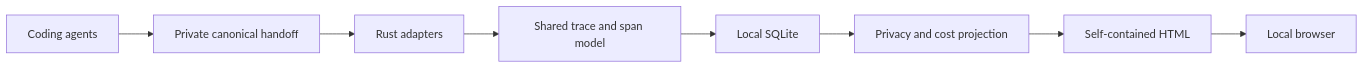
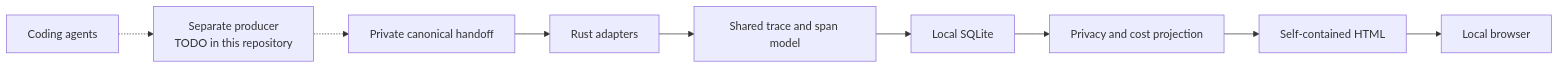
Before and after one commit to MCprotein/agent-observability: the first of 2 diagrams in README.md, drawn with Mermaid. The commit also changed other lines of this file and 5 other files, not shown here.

````diff
--- a/README.md
+++ b/README.md
@@ -122,10 +122,11 @@
 ```mermaid
 flowchart LR
-    A["Coding agents"] --> B["Private canonical handoff"]
+    A["Coding agents"] -.-> P["Separate producer<br/>TODO in this repository"]
+    P -.-> B["Private canonical handoff"]
     B --> C["Rust adapters"]
     C --> D["Shared trace and span model"]
     D --> E["Local SQLite"]
     E --> F["Privacy and cost projection"]
     F --> G["Self-contained HTML"]
     G --> H["Local browser"]
 ```
````
